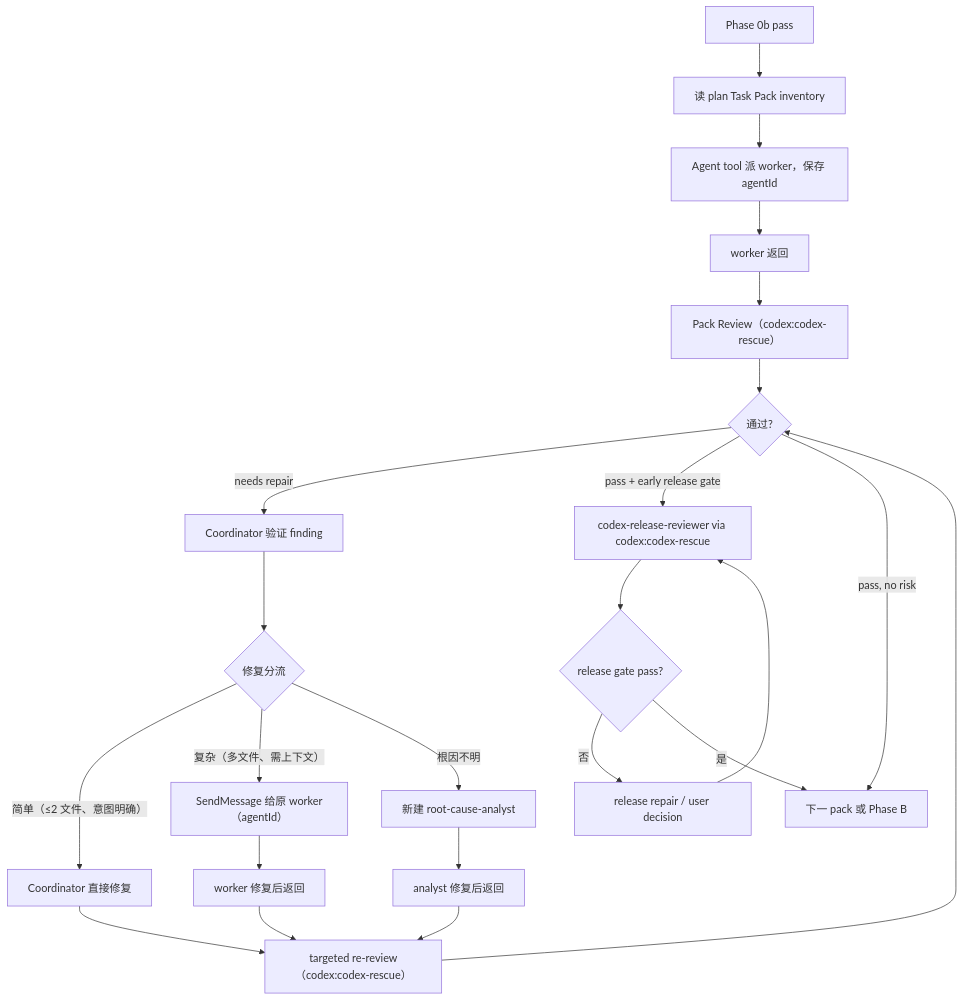
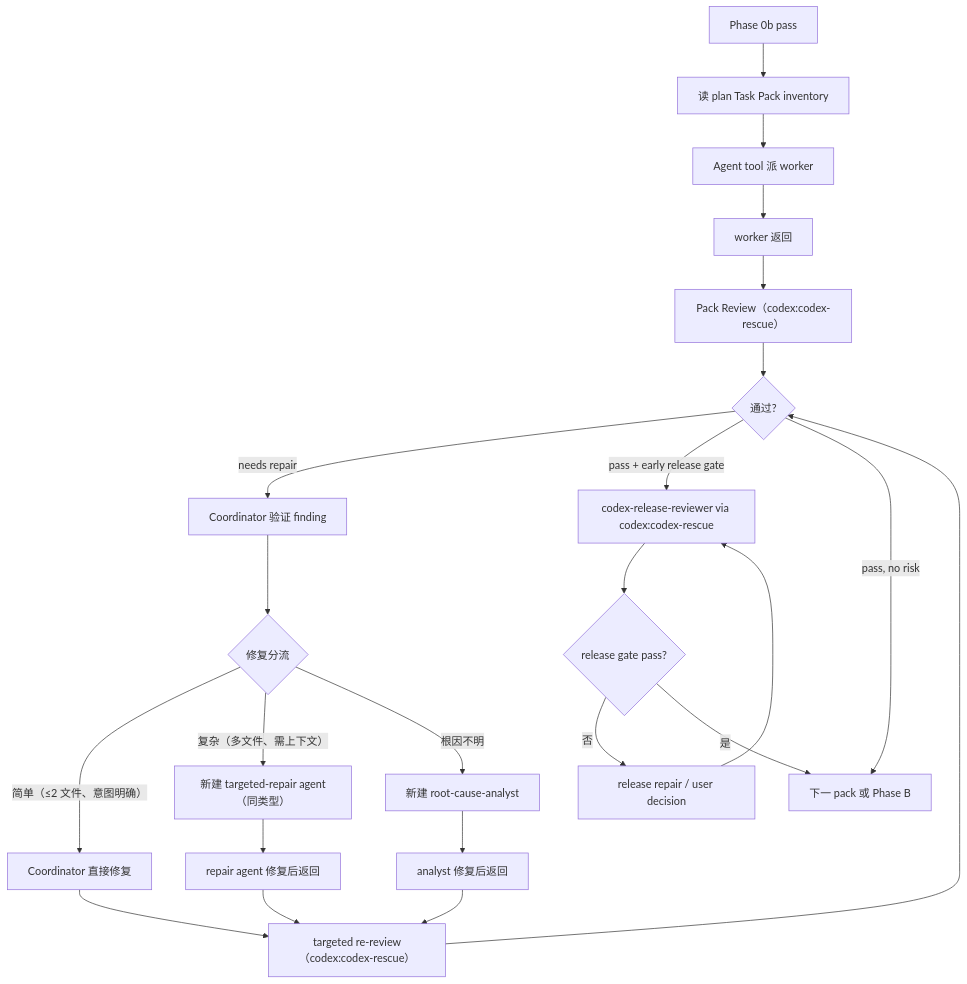
The second of 2 diagrams in plugin/skills/orchestrate-workflow/SKILL.md (chancheuklap/multi-model-workflow), drawn with Mermaid before and after one commit. The commit also changed other lines of this file and 12 other files, not shown here.

````diff
--- a/plugin/skills/orchestrate-workflow/SKILL.md
+++ b/plugin/skills/orchestrate-workflow/SKILL.md
@@ -176,25 +186,25 @@
 ```mermaid
 flowchart TD
     A["Phase 0b pass"] --> B["读 plan Task Pack inventory"]
-    B --> C["Agent tool 派 worker，保存 agentId"]
+    B --> C["Agent tool 派 worker"]
     C --> D["worker 返回"]
     D --> E["Pack Review（codex:codex-rescue）"]
     E --> F{"通过?"}
     F -->|needs repair| V["Coordinator 验证 finding"]
     V --> T{"修复分流"}
     T -->|"简单（≤2 文件、意图明确）"| S["Coordinator 直接修复"]
-    T -->|"复杂（多文件、需上下文）"| R["SendMessage 给原 worker（agentId）"]
+    T -->|"复杂（多文件、需上下文）"| R["新建 targeted-repair agent（同类型）"]
     T -->|"根因不明"| RCA["新建 root-cause-analyst"]
     S --> RE["targeted re-review（codex:codex-rescue）"]
-    R --> D2["worker 修复后返回"]
+    R --> D2["repair agent 修复后返回"]
     D2 --> RE
     RCA --> D3["analyst 修复后返回"]
     D3 --> RE
     RE --> F
     F -->|pass + early release gate| G["codex-release-reviewer via codex:codex-rescue"]
     G --> H{"release gate pass?"}
     H -->|否| I["release repair / user decision"]
     I --> G
     H -->|是| J["下一 pack 或 Phase B"]
     F -->|pass, no risk| J
 ```
````
